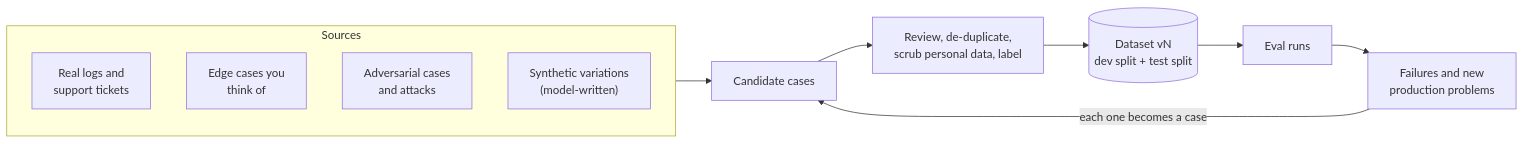
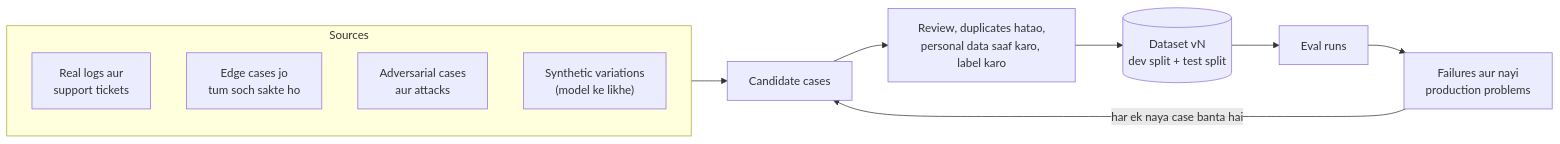
Before and after one commit to asmustechno/agentic-ai-notes: the diagram in docs/12-evaluation/12.4-building-an-eval-dataset.md, drawn with Mermaid. The commit also changed other lines of this file and 135 other files, not shown here.

````diff
--- a/docs/12-evaluation/12.4-building-an-eval-dataset.md
+++ b/docs/12-evaluation/12.4-building-an-eval-dataset.md
@@ -44,14 +44,14 @@
 ```mermaid
 flowchart LR
     subgraph S ["Sources"]
-        L["Real logs and<br/>support tickets"]
-        E["Edge cases you<br/>think of"]
-        A["Adversarial cases<br/>and attacks"]
-        Y["Synthetic variations<br/>(model-written)"]
+        L["Real logs aur<br/>support tickets"]
+        E["Edge cases jo<br/>tum soch sakte ho"]
+        A["Adversarial cases<br/>aur attacks"]
+        Y["Synthetic variations<br/>(model ke likhe)"]
     end
-    S --> C["Candidate cases"] --> R["Review, de-duplicate,<br/>scrub personal data, label"]
+    S --> C["Candidate cases"] --> R["Review, duplicates hatao,<br/>personal data saaf karo, label karo"]
     R --> D[("Dataset vN<br/>dev split + test split")]
     D --> X["Eval runs"]
-    X --> F["Failures and new<br/>production problems"]
-    F -->|"each one becomes a case"| C
+    X --> F["Failures aur nayi<br/>production problems"]
+    F -->|"har ek naya case banta hai"| C
 ```
````
